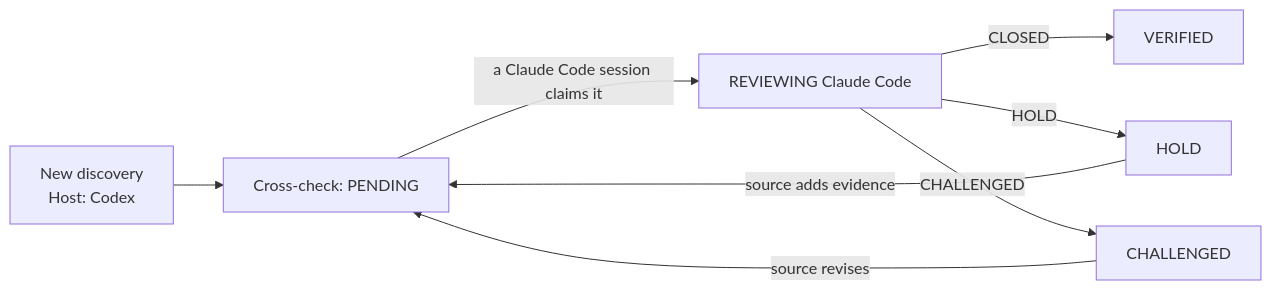
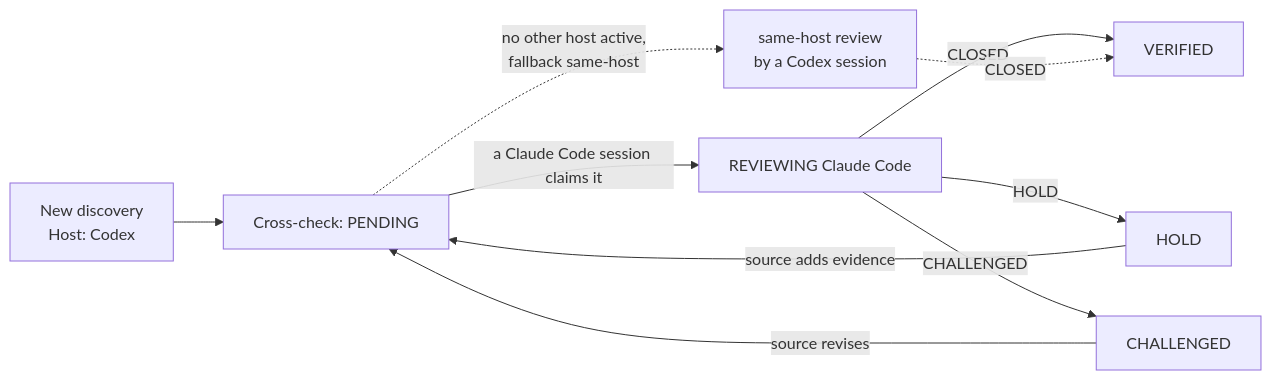
Before and after one commit to TaeyanG4/research-orchestrator-skill: the third of 3 diagrams in README.md, drawn with Mermaid. The commit also changed other lines of this file and 19 other files, not shown here.

````diff
--- a/README.md
+++ b/README.md
@@ -336,10 +372,12 @@
 ```mermaid
 flowchart LR
     N[New discovery<br/>Host: Codex] --> P[Cross-check: PENDING]
     P -->|a Claude Code session claims it| R[REVIEWING Claude Code]
     R -->|CLOSED| V[VERIFIED]
     R -->|HOLD| H[HOLD]
     R -->|CHALLENGED| C[CHALLENGED]
     H -->|source adds evidence| P
     C -->|source revises| P
+    P -.->|"no other host active,<br/>fallback same-host"| F["same-host review<br/>by a Codex session"]
+    F -.->|CLOSED| V
 ```
````
